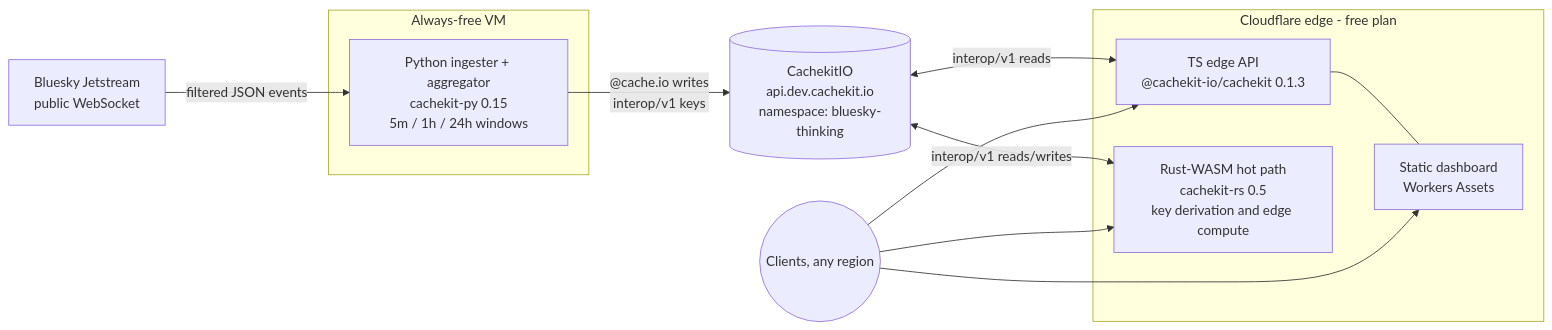
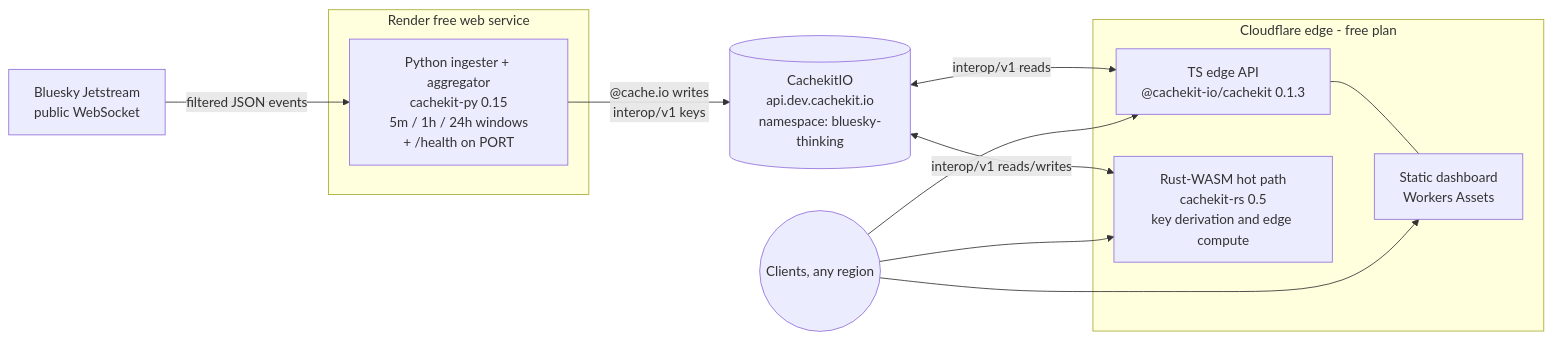
Before and after one commit to cachekit-io/bluesky-thinking: the diagram in README.md, drawn with Mermaid. The commit also changed other lines of this file and 10 other files, not shown here.

````diff
--- a/README.md
+++ b/README.md
@@ -25,21 +25,21 @@
 ```mermaid
 flowchart LR
     JS[Bluesky Jetstream\npublic WebSocket] -->|filtered JSON events| ING
 
-    subgraph Always-free VM
-        ING[Python ingester + aggregator\ncachekit-py 0.15\n5m / 1h / 24h windows]
+    subgraph Render free web service
+        ING[Python ingester + aggregator\ncachekit-py 0.15\n5m / 1h / 24h windows\n+ /health on PORT]
     end
 
     ING -->|"@cache.io writes\ninterop/v1 keys"| CK[(CachekitIO\napi.dev.cachekit.io\nnamespace: bluesky-thinking)]
 
     subgraph Cloudflare edge - free plan
         API[TS edge API\n@cachekit-io/cachekit 0.1.3]
         WASM[Rust-WASM hot path\ncachekit-rs 0.5\nkey derivation and edge compute]
         DASH[Static dashboard\nWorkers Assets]
     end
 
     CK <-->|interop/v1 reads| API
     CK <-->|interop/v1 reads/writes| WASM
     API --- DASH
     Browser((Clients, any region)) --> DASH & API & WASM
 ```
````
